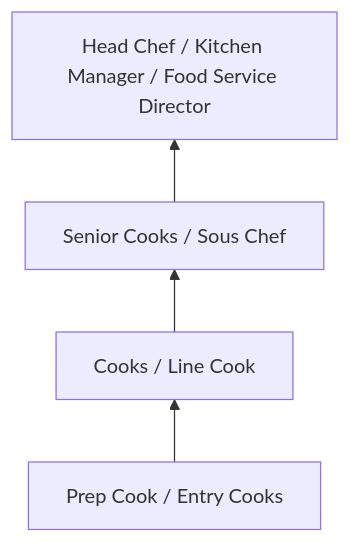
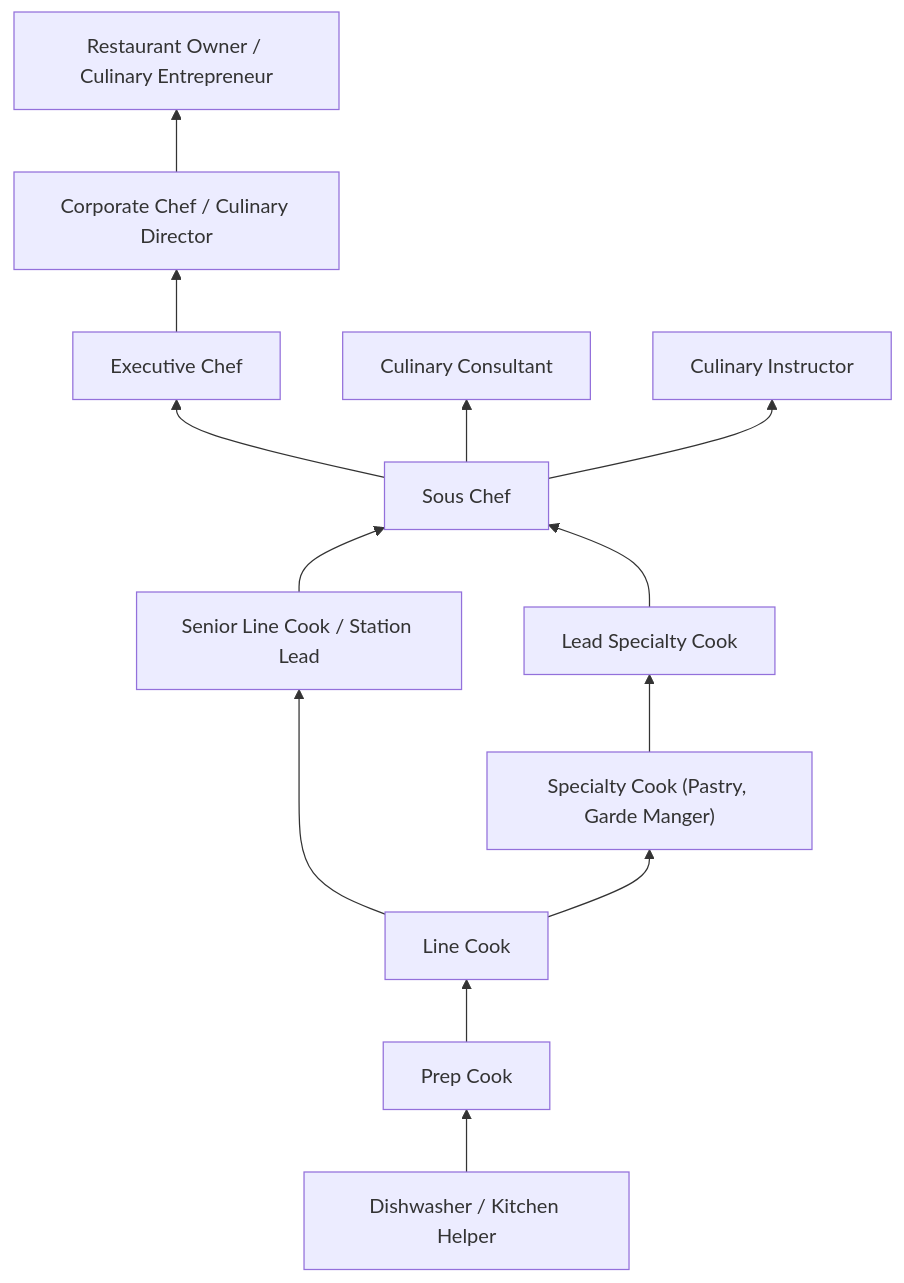
One commit to kziemski/business.org.ai changed the third of 4 diagrams in occupations/FoodService/Cooks.mdx. Above: the diagram before and after it, drawn with Mermaid. The commit also changed other lines of this file and 885 other files, not shown here.

````diff
--- a/occupations/FoodService/Cooks.mdx
+++ b/occupations/FoodService/Cooks.mdx
@@ -100,6 +464,17 @@
 ```mermaid
 graph BT
-    Entry["Prep Cook / Entry Cooks"] --> Mid["Cooks / Line Cook"]
-    Mid --> Senior["Senior Cooks / Sous Chef"]
-    Senior --> Lead["Head Chef / Kitchen Manager / Food Service Director"]
+    Entry["Dishwasher / Kitchen Helper"] --> Prep["Prep Cook"]
+    Prep --> Line["Line Cook"]
+    Line --> Senior["Senior Line Cook / Station Lead"]
+    Senior --> Sous["Sous Chef"]
+    Sous --> Exec["Executive Chef"]
+    Exec --> Corp["Corporate Chef / Culinary Director"]
+    Corp --> Owner["Restaurant Owner / Culinary Entrepreneur"]
+
+    Line --> Specialty["Specialty Cook (Pastry, Garde Manger)"]
+    Specialty --> Lead["Lead Specialty Cook"]
+    Lead --> Sous
+
+    Sous --> Consultant["Culinary Consultant"]
+    Sous --> Educator["Culinary Instructor"]
 ```
````
